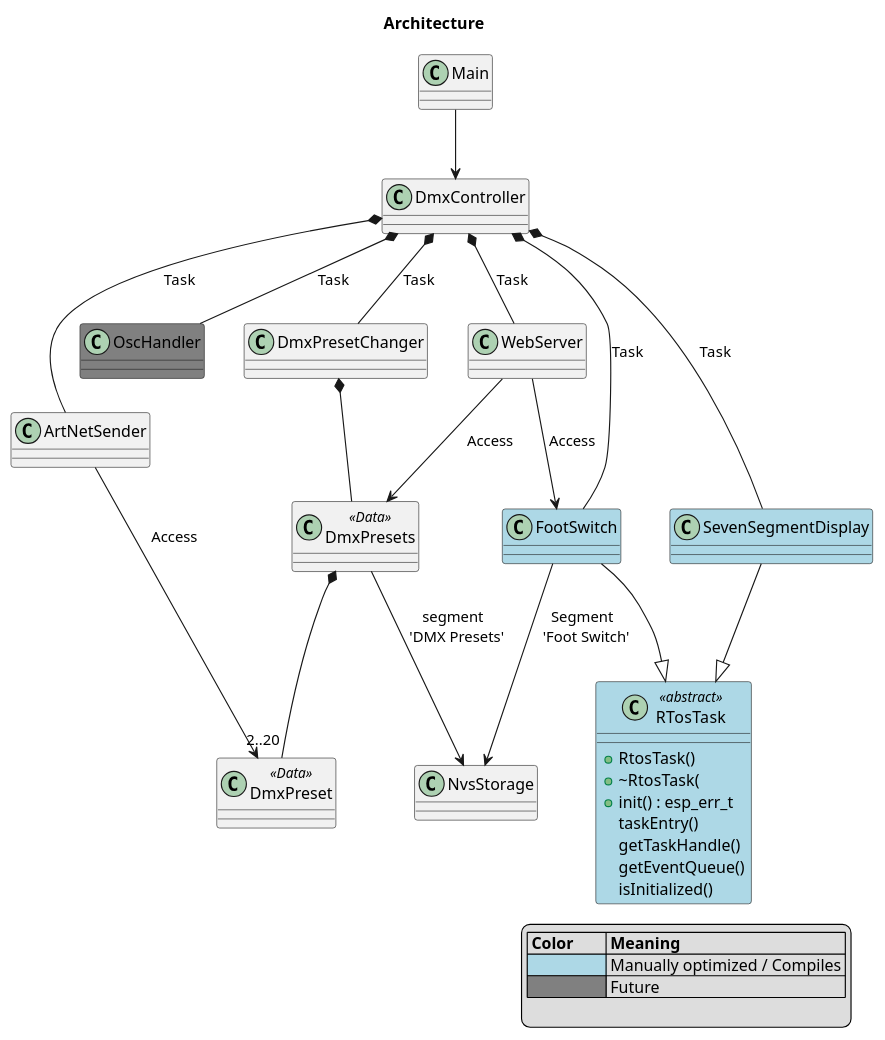
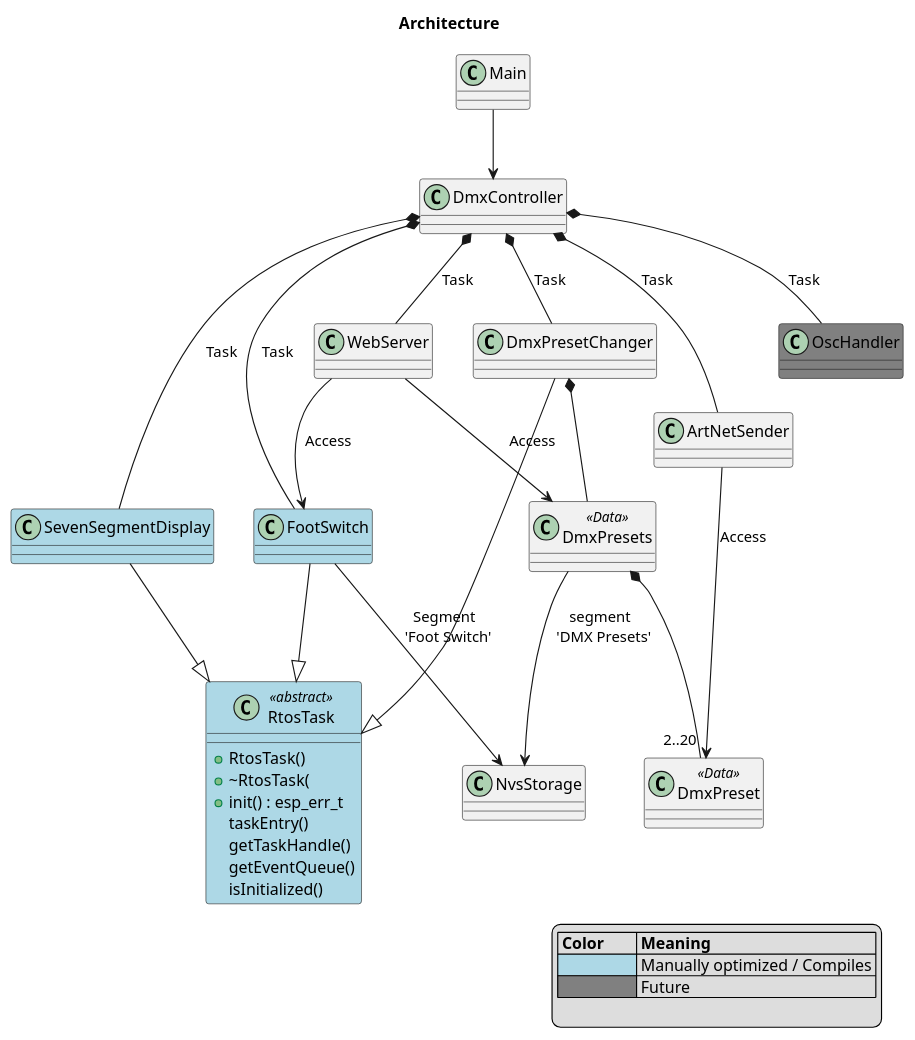
Before and after one commit to michelkeijzers/Esp32DmxController: the first of 6 diagrams in Documentation/ClassDiagrams.puml, drawn with PlantUML. The commit also changed other lines of this file and 27 other files, not shown here.

```diff
--- a/Documentation/ClassDiagrams.puml
+++ b/Documentation/ClassDiagrams.puml
@@ -1,57 +1,58 @@
 @startuml
 
 title Architecture
 
 legend right
     |= Color |= Meaning |
     |<back:LightBlue>                   | Manually optimized / Compiles |
     |<back:Grey>                   | Future |
     
 endlegend 
 
 class Main  { }
 
 class DmxController {}
 Main --> DmxController
 
-class RTosTask <<abstract>> #LightBlue 
+class RtosTask <<abstract>> #LightBlue 
 {
     +RtosTask()
     +~RtosTask(
     +init() : esp_err_t
     taskEntry()
     getTaskHandle()
     getEventQueue()
     isInitialized()
 }
 
 class DmxPresetChanger { }
 class DmxPresets <<Data>> { }
 DmxPresetChanger *-- DmxPresets
 class DmxPreset <<Data>> {}
 DmxPresets *--"2..20" DmxPreset
 DmxController *-- DmxPresetChanger : Task
 DmxPresets --> NvsStorage : segment \n 'DMX Presets'
+DmxPresetChanger --|> RtosTask
 
 class OscHandler #Grey {}
 DmxController *-- OscHandler : Task
 
 class ArtNetSender { }
 DmxController *-- ArtNetSender : Task
 ArtNetSender --> DmxPreset : Access   
 
 class FootSwitch #LightBlue {}
 DmxController *-- FootSwitch : Task
 FootSwitch --> NvsStorage : Segment \n 'Foot Switch'
-FootSwitch --|> RTosTask
+FootSwitch --|> RtosTask
 
 class SevenSegmentDisplay #LightBlue {}
 DmxController *--- SevenSegmentDisplay : Task
-SevenSegmentDisplay --|> RTosTask
+SevenSegmentDisplay --|> RtosTask
 
 class WebServer {}
 DmxController *-- WebServer : Task
 WebServer --> FootSwitch : Access
 WebServer --> DmxPresets : Access
 
 @enduml
```
